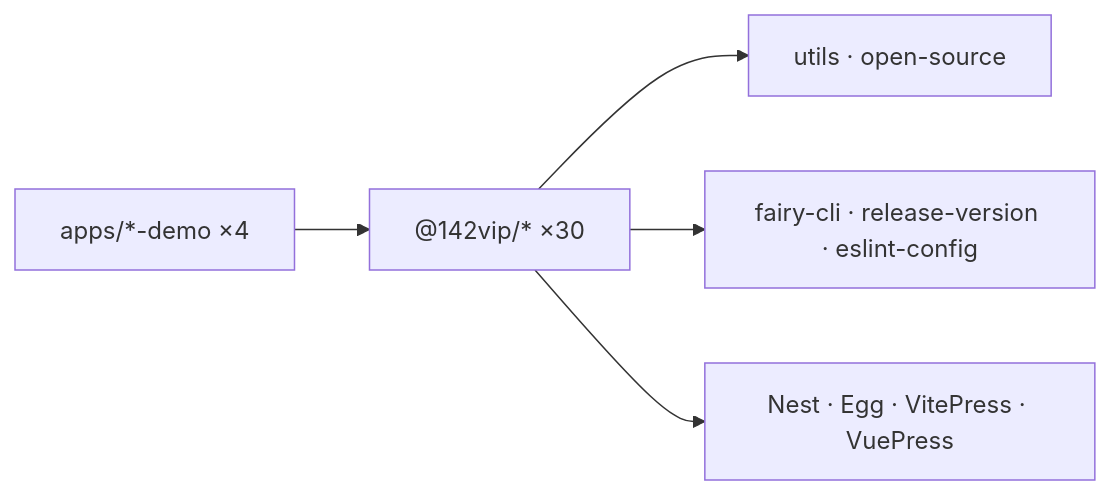
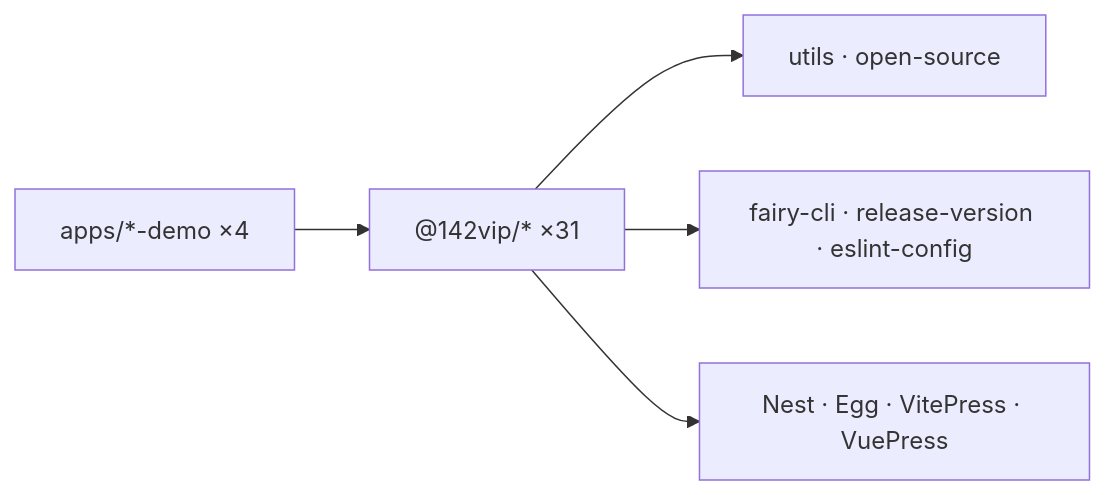
One commit to 142vip/core-x changed the second of 5 diagrams in README.md. Above: the diagram before and after it, drawn with Mermaid. The commit also changed other lines of this file and 2 other files, not shown here.

````diff
--- a/README.md
+++ b/README.md
@@ -114,7 +115,7 @@
 ```mermaid
 flowchart LR
-  DEMO["apps/*-demo ×4"] --> PKG["@142vip/* ×30"]
+  DEMO["apps/*-demo ×4"] --> PKG["@142vip/* ×31"]
   PKG --> UTIL["utils · open-source"]
   PKG --> CLI["fairy-cli · release-version · eslint-config"]
   PKG --> FW["Nest · Egg · VitePress · VuePress"]
 ```
````
